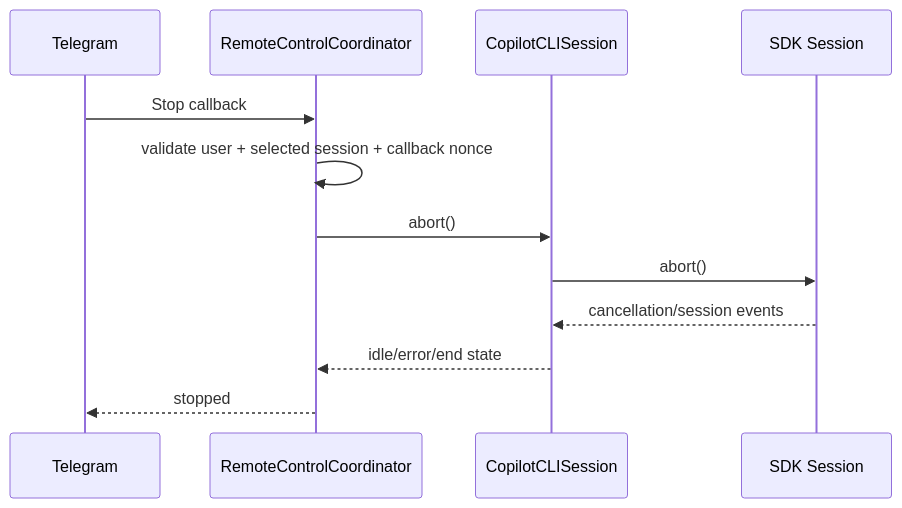
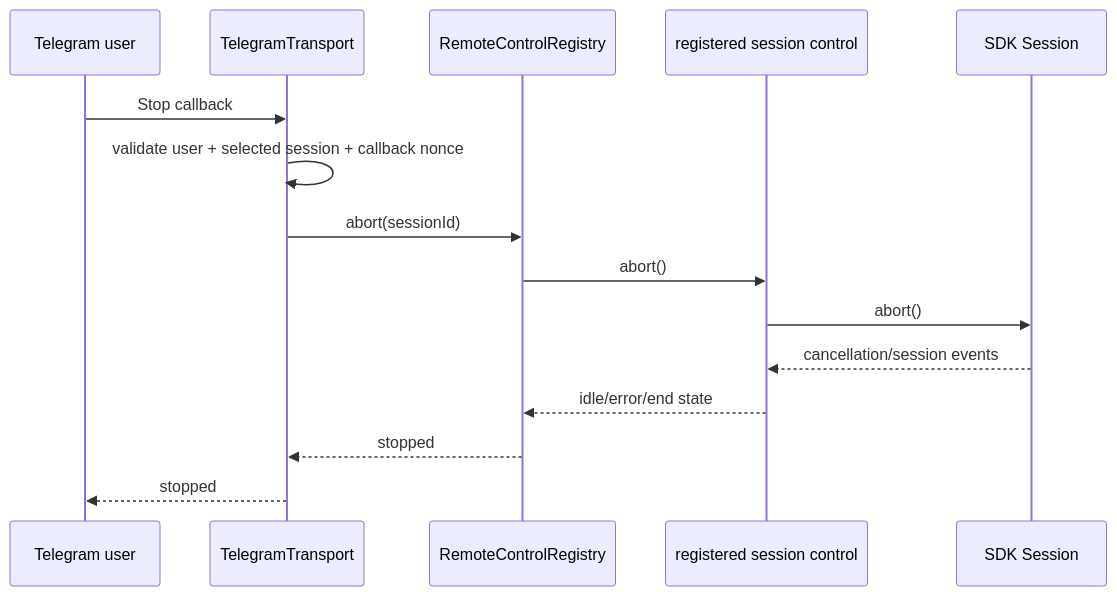
One commit to SachiHarshitha/vscode-telegram changed the tenth of 14 diagrams in extensions/copilot/docs/telegram-remote/CALL_FLOWS.md. Above: the diagram before and after it, drawn with Mermaid. The commit also changed other lines of this file and 11 other files, not shown here.

````diff
--- a/extensions/copilot/docs/telegram-remote/CALL_FLOWS.md
+++ b/extensions/copilot/docs/telegram-remote/CALL_FLOWS.md
@@ -212,15 +255,18 @@
 ```mermaid
 sequenceDiagram
-    participant T as Telegram
-    participant C as RemoteControlCoordinator
-    participant S as CopilotCLISession
+    participant T as Telegram user
+    participant TT as TelegramTransport
+    participant C as RemoteControlRegistry
+    participant S as registered session control
     participant SDK as SDK Session
 
-    T->>C: Stop callback
-    C->>C: validate user + selected session + callback nonce
+    T->>TT: Stop callback
+    TT->>TT: validate user + selected session + callback nonce
+    TT->>C: abort(sessionId)
     C->>S: abort()
     S->>SDK: abort()
     SDK-->>S: cancellation/session events
     S-->>C: idle/error/end state
-    C-->>T: stopped
+    C-->>TT: stopped
+    TT-->>T: stopped
 ```
````
